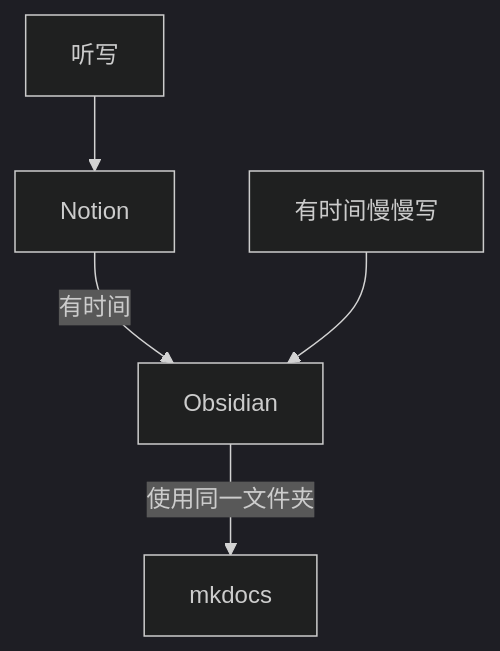
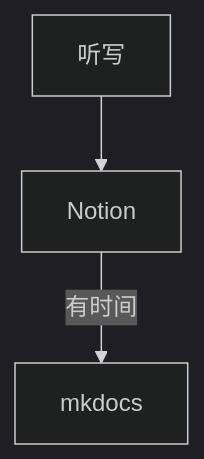
One commit to ruoxining/notebook changed the diagram in docs/Other/tools.md. Above: the diagram before and after it, drawn with Mermaid (dark theme). The commit also changed other lines of this file and 267 other files, not shown here.

````diff
--- a/docs/Other/tools.md
+++ b/docs/Other/tools.md
@@ -21,8 +21,5 @@
 ```mermaid
 graph TD
 	听写 --> Notion 
-	Notion -- 有时间 --> Obsidian
-	有时间慢慢写 --> Obsidian
-	Obsidian -- 使用同一文件夹 --> mkdocs
-
+	Notion -- 有时间 --> mkdocs
 ```
````
